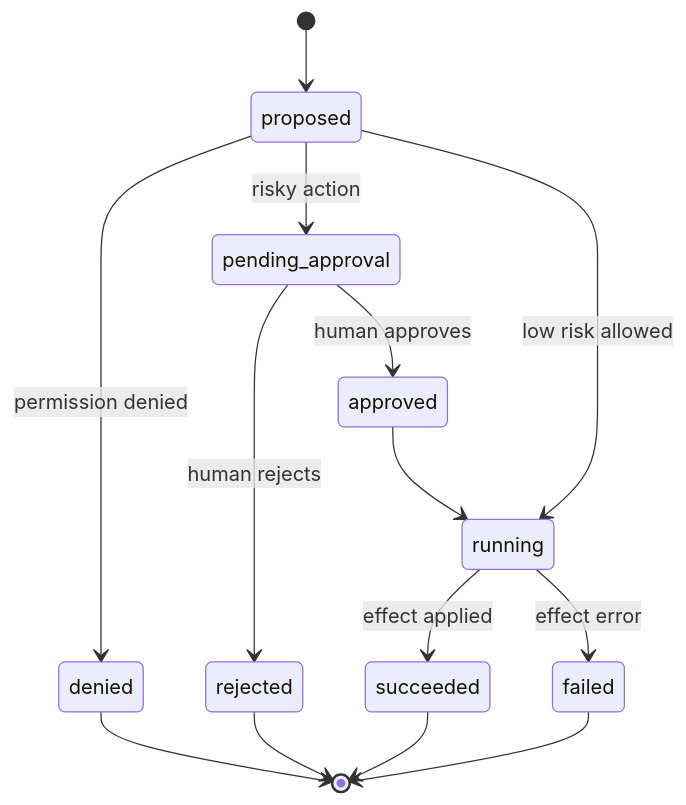
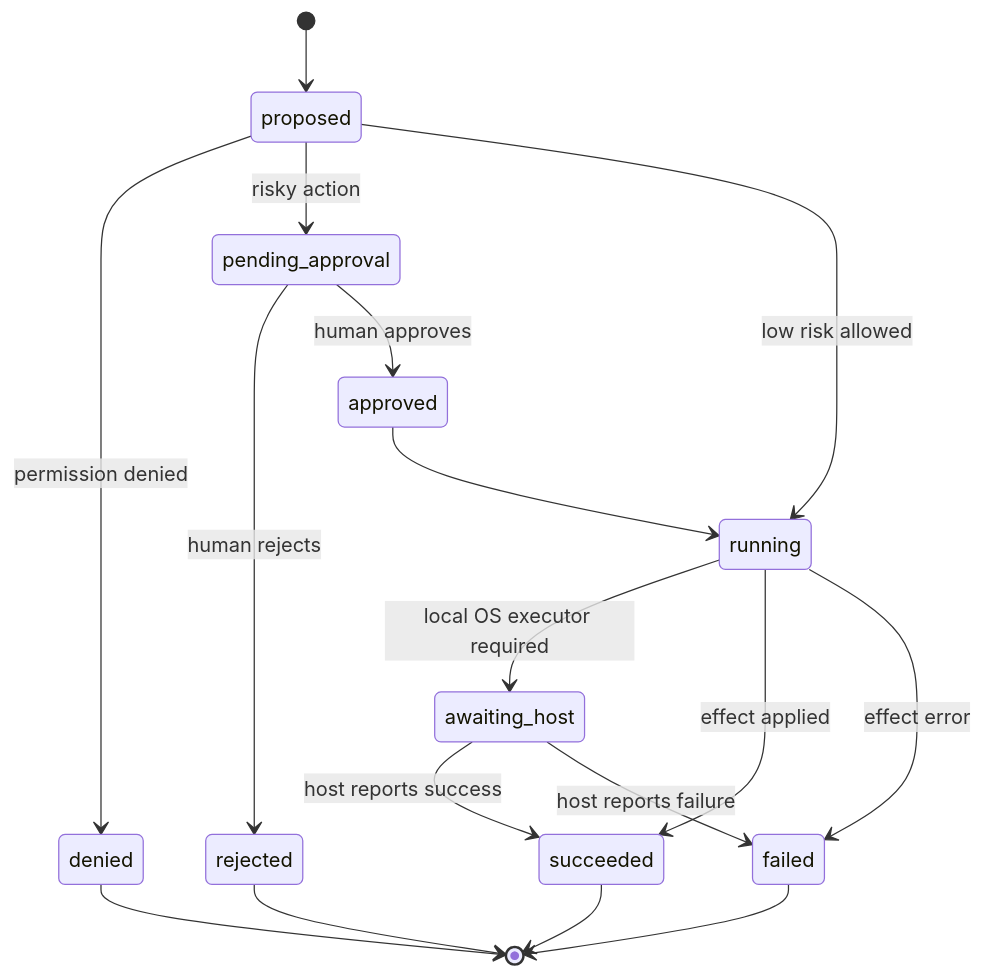
Before and after one commit to TharuTharujan/OpenAgent_OS: the fourth of 4 diagrams in docs/ARCHITECTURE.md, drawn with Mermaid. The commit also changed other lines of this file and 34 other files, not shown here.

````diff
--- a/docs/ARCHITECTURE.md
+++ b/docs/ARCHITECTURE.md
@@ -119,16 +145,19 @@
 ```mermaid
 stateDiagram-v2
   [*] --> proposed
   proposed --> denied: permission denied
   proposed --> pending_approval: risky action
   proposed --> running: low risk allowed
   pending_approval --> rejected: human rejects
   pending_approval --> approved: human approves
   approved --> running
+  running --> awaiting_host: local OS executor required
+  awaiting_host --> succeeded: host reports success
+  awaiting_host --> failed: host reports failure
   running --> succeeded: effect applied
   running --> failed: effect error
   denied --> [*]
   rejected --> [*]
   succeeded --> [*]
   failed --> [*]
 ```
````
